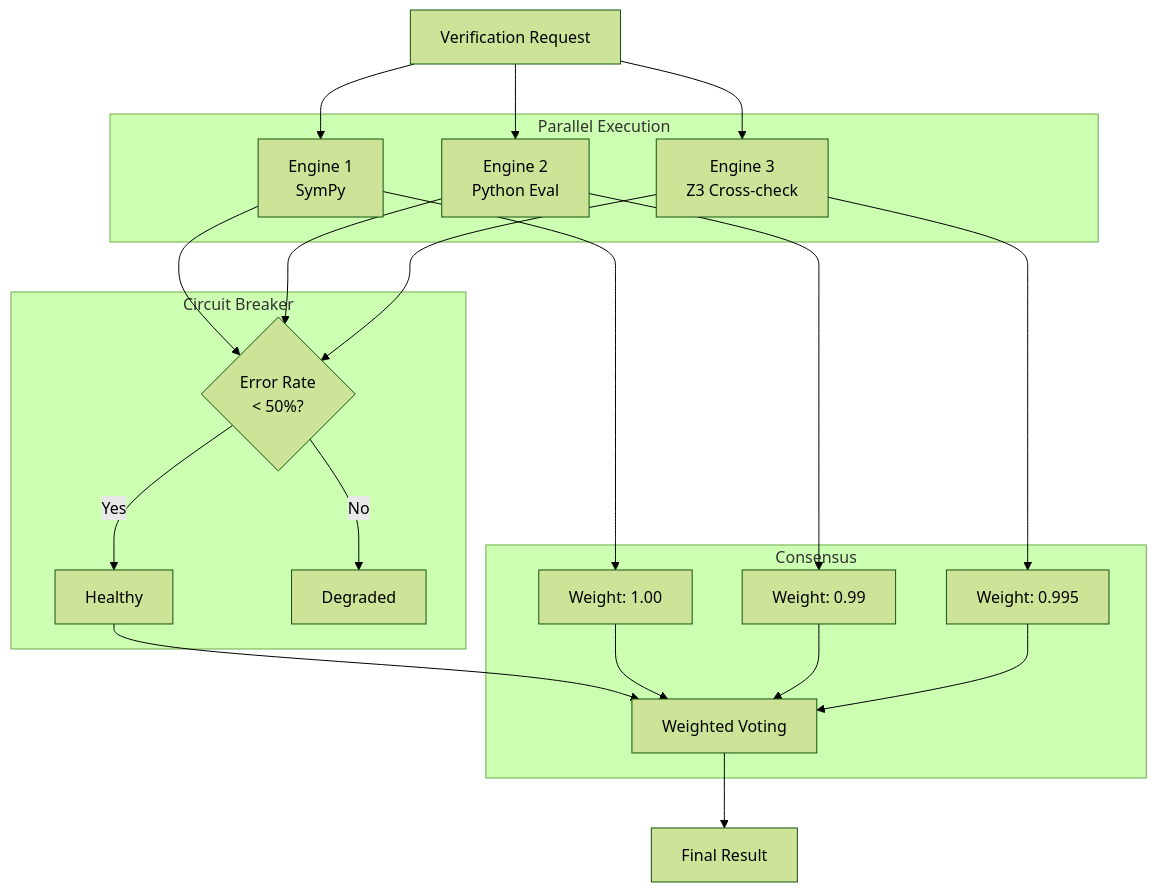
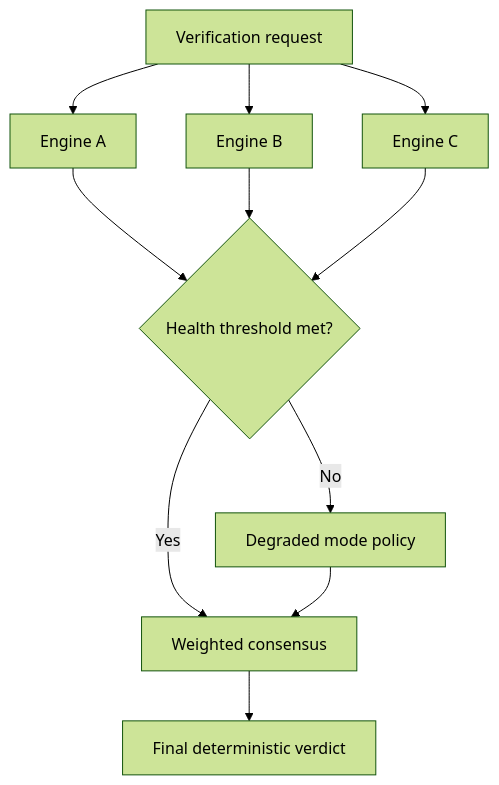
The fourth of 4 diagrams in advanced/architecture-diagrams.mdx (QWED-AI/docs), drawn with Mermaid (forest theme) before and after one commit. The commit also changed other lines of this file and 4 other files, not shown here.

Commit message:
Refactor docs IA and architecture content for clarity

````diff
--- a/advanced/architecture-diagrams.mdx
+++ b/advanced/architecture-diagrams.mdx
@@ -191,37 +132,15 @@
 ```mermaid
 flowchart TD
-    INPUT[Verification Request]
-    
-    subgraph "Parallel Execution"
-        E1[Engine 1<br/>SymPy]
-        E2[Engine 2<br/>Python Eval]
-        E3[Engine 3<br/>Z3 Cross-check]
-    end
-    
-    subgraph "Circuit Breaker"
-        CB{Error Rate<br/>< 50%?}
-        HEALTHY[Healthy]
-        DEGRADED[Degraded]
-    end
-    
-    subgraph "Consensus"
-        VOTE[Weighted Voting]
-        W1["Weight: 1.00"]
-        W2["Weight: 0.99"]
-        W3["Weight: 0.995"]
-    end
-    
-    OUTPUT[Final Result]
-    
-    INPUT --> E1 & E2 & E3
-    E1 --> CB
-    E2 --> CB
-    E3 --> CB
-    CB -->|Yes| HEALTHY
-    CB -->|No| DEGRADED
-    HEALTHY --> VOTE
-    E1 --> W1 --> VOTE
-    E2 --> W2 --> VOTE
-    E3 --> W3 --> VOTE
-    VOTE --> OUTPUT
+    In[Verification request] --> P1[Engine A]
+    In --> P2[Engine B]
+    In --> P3[Engine C]
+
+    P1 --> H{Health threshold met?}
+    P2 --> H
+    P3 --> H
+
+    H -->|Yes| Vote[Weighted consensus]
+    H -->|No| Degraded[Degraded mode policy]
+    Degraded --> Vote
+    Vote --> Out[Final deterministic verdict]
 ```
````
